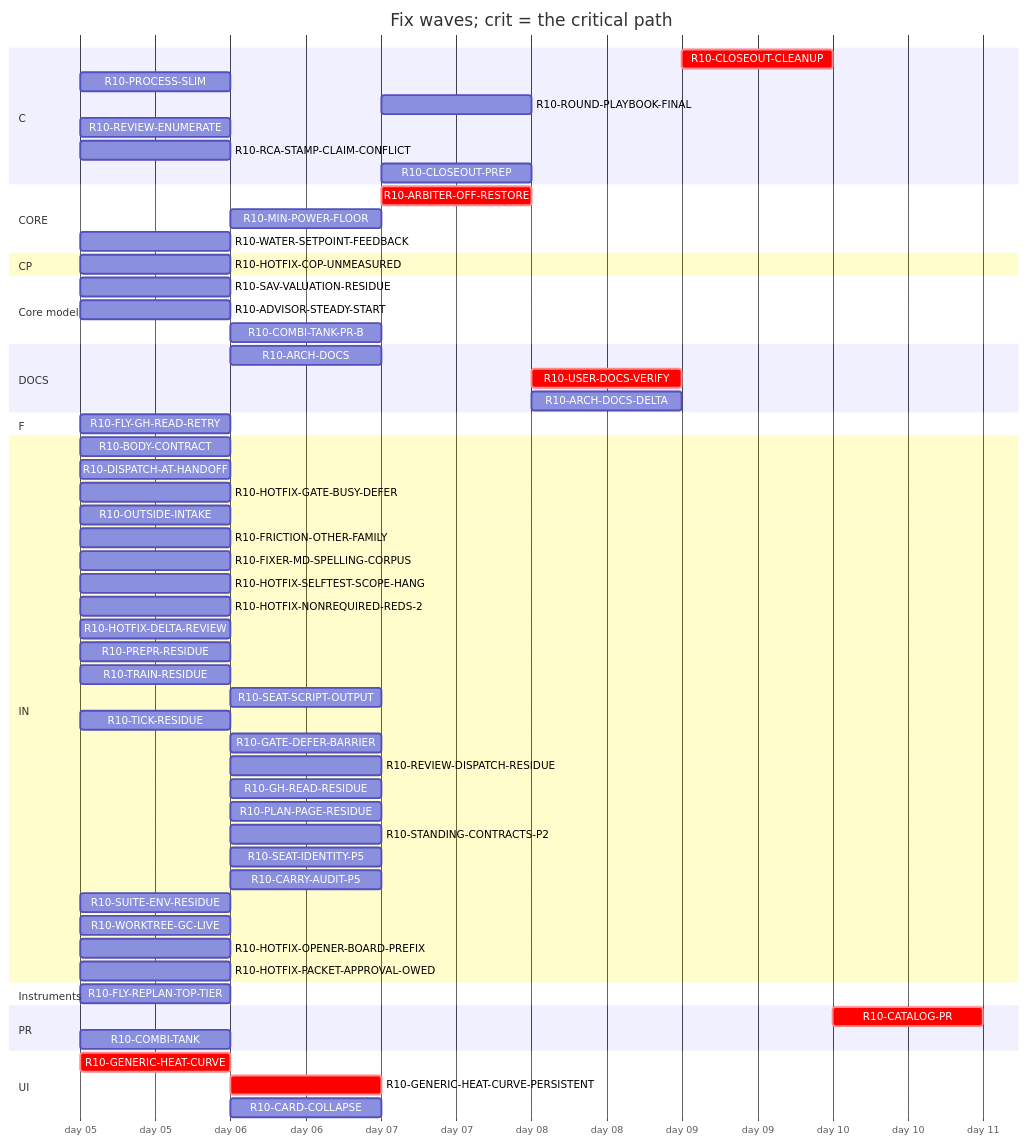
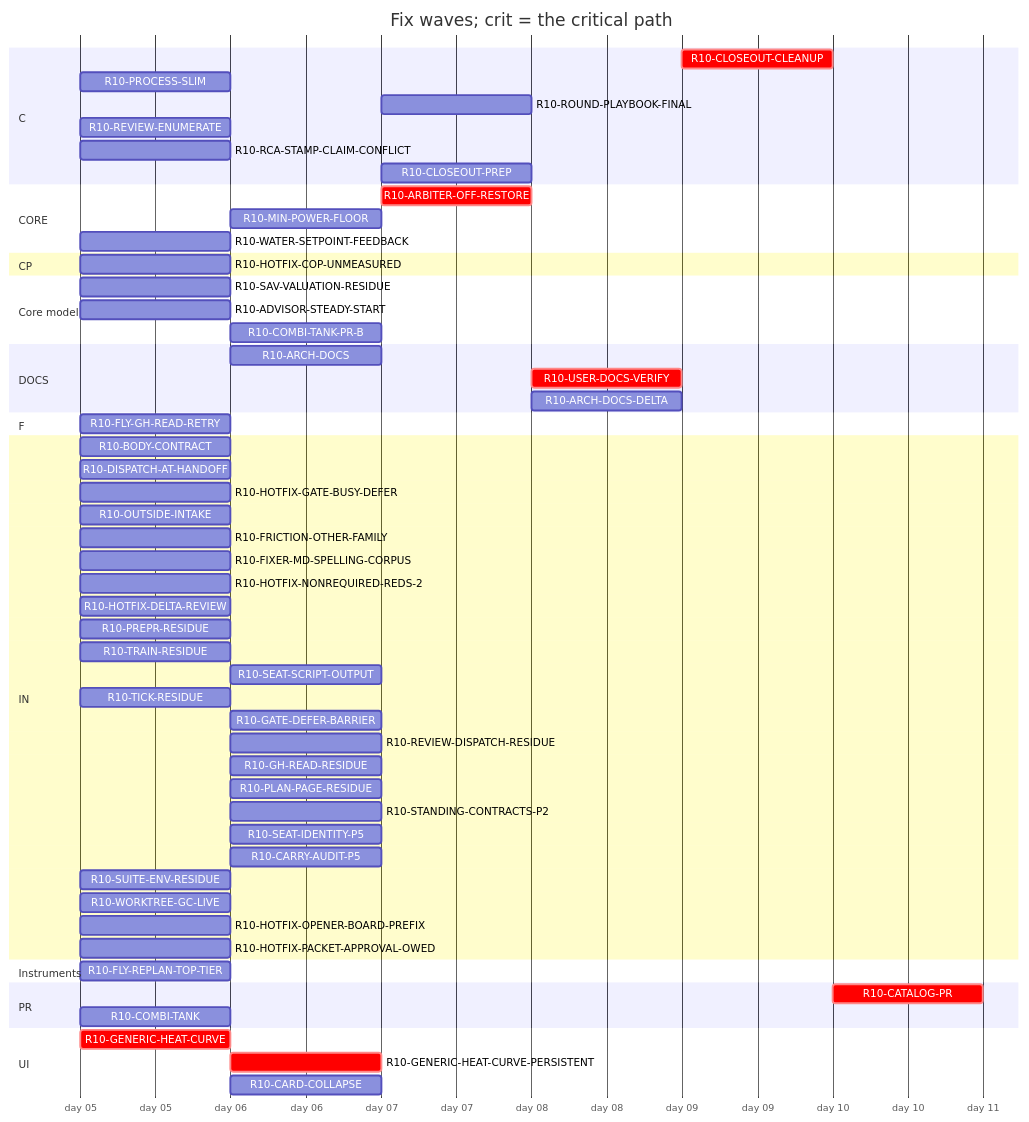
The diagram in handoff/round10/state/PLAN-TABLE.md (tvofi/heatpump_optimizer), drawn with Mermaid before and after one commit. The commit also changed other lines of this file and 3 other files, not shown here.

Commit message:
state: FLOW-BOARD.md, NEXT-SESSION-PROMPT.md, PLAN-TABLE.md, RESUME-CURRENT.md regenerated (state_docs.py)

````diff
--- a/handoff/round10/state/PLAN-TABLE.md
+++ b/handoff/round10/state/PLAN-TABLE.md
@@ -23,63 +23,62 @@
 ```mermaid
 gantt
   title Fix waves; crit = the critical path
   dateFormat YYYY-MM-DD
   axisFormat day %d
   section C
     R10-CLOSEOUT-CLEANUP :crit, r10CLOSEOUTCLEANUP, after r10ARCHDOCS r10USERDOCSVERIFY r10ROUNDPLAYBOOKFINAL r10FRICTIONOTHERFAMILY r10CLOSEOUTPREP r10ARCHDOCSDELTA, 1d
     R10-PROCESS-SLIM :r10PROCESSSLIM, 2026-01-05, 1d
     R10-ROUND-PLAYBOOK-FINAL :r10ROUNDPLAYBOOKFINAL, after r10DISPATCHATHANDOFF r10BODYCONTRACT r10FLYGHREADRETRY r10PROCESSSLIM r10OUTSIDEINTAKE r10FRICTIONOTHERFAMILY r10FIXERMDSPELLINGCORPUS r10PREPRRESIDUE r10SEATSCRIPTOUTPUT r10REVIEWDISPATCHRESIDUE r10CARRYAUDITP5 r10TICKRESIDUE r10SEATIDENTITYP5 r10STANDINGCONTRACTSP2 r10PLANPAGERESIDUE r10TRAINRESIDUE r10GHREADRESIDUE r10SUITEENVRESIDUE r10GATEDEFERBARRIER r10WORKTREEGCLIVE, 1d
     R10-REVIEW-ENUMERATE :r10REVIEWENUMERATE, 2026-01-05, 1d
     R10-RCA-STAMP-CLAIM-CONFLICT :r10RCASTAMPCLAIMCONFLICT, 2026-01-05, 1d
     R10-CLOSEOUT-PREP :r10CLOSEOUTPREP, after r10ARCHDOCS r10DISPATCHATHANDOFF r10BODYCONTRACT r10FLYGHREADRETRY r10PROCESSSLIM r10OUTSIDEINTAKE r10FRICTIONOTHERFAMILY r10FIXERMDSPELLINGCORPUS r10PREPRRESIDUE r10SEATSCRIPTOUTPUT r10REVIEWDISPATCHRESIDUE r10CARRYAUDITP5 r10TICKRESIDUE r10SEATIDENTITYP5 r10STANDINGCONTRACTSP2 r10PLANPAGERESIDUE r10TRAINRESIDUE r10GHREADRESIDUE r10SUITEENVRESIDUE r10GATEDEFERBARRIER r10WORKTREEGCLIVE, 1d
   section CORE
     R10-ARBITER-OFF-RESTORE :crit, r10ARBITEROFFRESTORE, after r10GENERICHEATCURVE r10GENERICHEATCURVEPERSISTENT r10WATERSETPOINTFEEDBACK, 1d
     R10-MIN-POWER-FLOOR :r10MINPOWERFLOOR, after r10HOTFIXCOPUNMEASURED r10GENERICHEATCURVE, 1d
     R10-WATER-SETPOINT-FEEDBACK :r10WATERSETPOINTFEEDBACK, 2026-01-05, 1d
   section CP
     R10-HOTFIX-COP-UNMEASURED :r10HOTFIXCOPUNMEASURED, 2026-01-05, 1d
   section Core model
     R10-SAV-VALUATION-RESIDUE :r10SAVVALUATIONRESIDUE, 2026-01-05, 1d
     R10-ADVISOR-STEADY-START :r10ADVISORSTEADYSTART, 2026-01-05, 1d
     R10-COMBI-TANK-PR-B :r10COMBITANKPRB, after r10COMBITANK, 1d
   section DOCS
     R10-ARCH-DOCS :r10ARCHDOCS, after r10DISPATCHATHANDOFF r10BODYCONTRACT r10FLYGHREADRETRY r10PROCESSSLIM r10OUTSIDEINTAKE r10FRICTIONOTHERFAMILY, 1d
     R10-USER-DOCS-VERIFY :crit, r10USERDOCSVERIFY, after r10HOTFIXCOPUNMEASURED r10GENERICHEATCURVE r10GENERICHEATCURVEPERSISTENT r10ARBITEROFFRESTORE r10COMBITANK r10MINPOWERFLOOR, 1d
     R10-ARCH-DOCS-DELTA :r10ARCHDOCSDELTA, after r10ARCHDOCS r10HOTFIXCOPUNMEASURED r10GENERICHEATCURVE r10GENERICHEATCURVEPERSISTENT r10ARBITEROFFRESTORE r10COMBITANK r10MINPOWERFLOOR r10SAVVALUATIONRESIDUE r10ADVISORSTEADYSTART r10COMBITANKPRB, 1d
   section F
     R10-FLY-GH-READ-RETRY :r10FLYGHREADRETRY, 2026-01-05, 1d
   section IN
     R10-BODY-CONTRACT :r10BODYCONTRACT, 2026-01-05, 1d
     R10-DISPATCH-AT-HANDOFF :r10DISPATCHATHANDOFF, 2026-01-05, 1d
     R10-HOTFIX-GATE-BUSY-DEFER :r10HOTFIXGATEBUSYDEFER, 2026-01-05, 1d
     R10-OUTSIDE-INTAKE :r10OUTSIDEINTAKE, 2026-01-05, 1d
     R10-FRICTION-OTHER-FAMILY :r10FRICTIONOTHERFAMILY, 2026-01-05, 1d
     R10-FIXER-MD-SPELLING-CORPUS :r10FIXERMDSPELLINGCORPUS, 2026-01-05, 1d
-    R10-HOTFIX-SELFTEST-SCOPE-HANG :r10HOTFIXSELFTESTSCOPEHANG, 2026-01-05, 1d
     R10-HOTFIX-NONREQUIRED-REDS-2 :r10HOTFIXNONREQUIREDREDS2, 2026-01-05, 1d
     R10-HOTFIX-DELTA-REVIEW :r10HOTFIXDELTAREVIEW, 2026-01-05, 1d
     R10-PREPR-RESIDUE :r10PREPRRESIDUE, 2026-01-05, 1d
     R10-TRAIN-RESIDUE :r10TRAINRESIDUE, 2026-01-05, 1d
     R10-SEAT-SCRIPT-OUTPUT :r10SEATSCRIPTOUTPUT, after r10TRAINRESIDUE, 1d
     R10-TICK-RESIDUE :r10TICKRESIDUE, 2026-01-05, 1d
     R10-GATE-DEFER-BARRIER :r10GATEDEFERBARRIER, after r10TRAINRESIDUE r10TICKRESIDUE, 1d
     R10-REVIEW-DISPATCH-RESIDUE :r10REVIEWDISPATCHRESIDUE, after r10DISPATCHATHANDOFF r10REVIEWENUMERATE r10HOTFIXDELTAREVIEW r10PROCESSSLIM, 1d
     R10-GH-READ-RESIDUE :r10GHREADRESIDUE, after r10FLYGHREADRETRY, 1d
     R10-PLAN-PAGE-RESIDUE :r10PLANPAGERESIDUE, after r10OUTSIDEINTAKE, 1d
     R10-STANDING-CONTRACTS-P2 :r10STANDINGCONTRACTSP2, after r10FIXERMDSPELLINGCORPUS, 1d
     R10-SEAT-IDENTITY-P5 :r10SEATIDENTITYP5, after r10TICKRESIDUE, 1d
     R10-CARRY-AUDIT-P5 :r10CARRYAUDITP5, after r10BODYCONTRACT, 1d
     R10-SUITE-ENV-RESIDUE :r10SUITEENVRESIDUE, 2026-01-05, 1d
     R10-WORKTREE-GC-LIVE :r10WORKTREEGCLIVE, 2026-01-05, 1d
     R10-HOTFIX-OPENER-BOARD-PREFIX :r10HOTFIXOPENERBOARDPREFIX, 2026-01-05, 1d
     R10-HOTFIX-PACKET-APPROVAL-OWED :r10HOTFIXPACKETAPPROVALOWED, 2026-01-05, 1d
   section Instruments
     R10-FLY-REPLAN-TOP-TIER :r10FLYREPLANTOPTIER, 2026-01-05, 1d
   section PR
     R10-CATALOG-PR :crit, r10CATALOGPR, after r10USERDOCSVERIFY r10ARCHDOCS r10ROUNDPLAYBOOKFINAL r10CLOSEOUTCLEANUP r10CLOSEOUTPREP r10ARCHDOCSDELTA, 1d
     R10-COMBI-TANK :r10COMBITANK, 2026-01-05, 1d
   section UI
     R10-GENERIC-HEAT-CURVE :crit, r10GENERICHEATCURVE, 2026-01-05, 1d
     R10-GENERIC-HEAT-CURVE-PERSISTENT :crit, r10GENERICHEATCURVEPERSISTENT, after r10GENERICHEATCURVE, 1d
     R10-CARD-COLLAPSE :r10CARDCOLLAPSE, after r10HOTFIXCOPUNMEASURED, 1d
 ```
````
